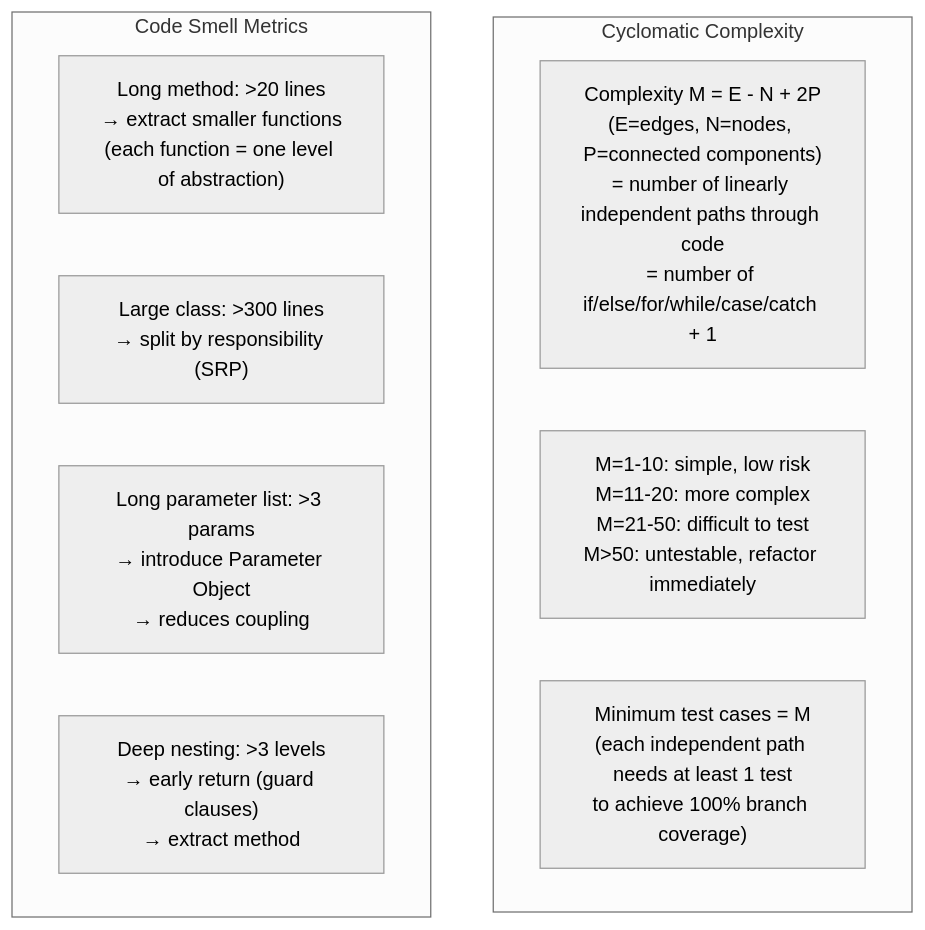
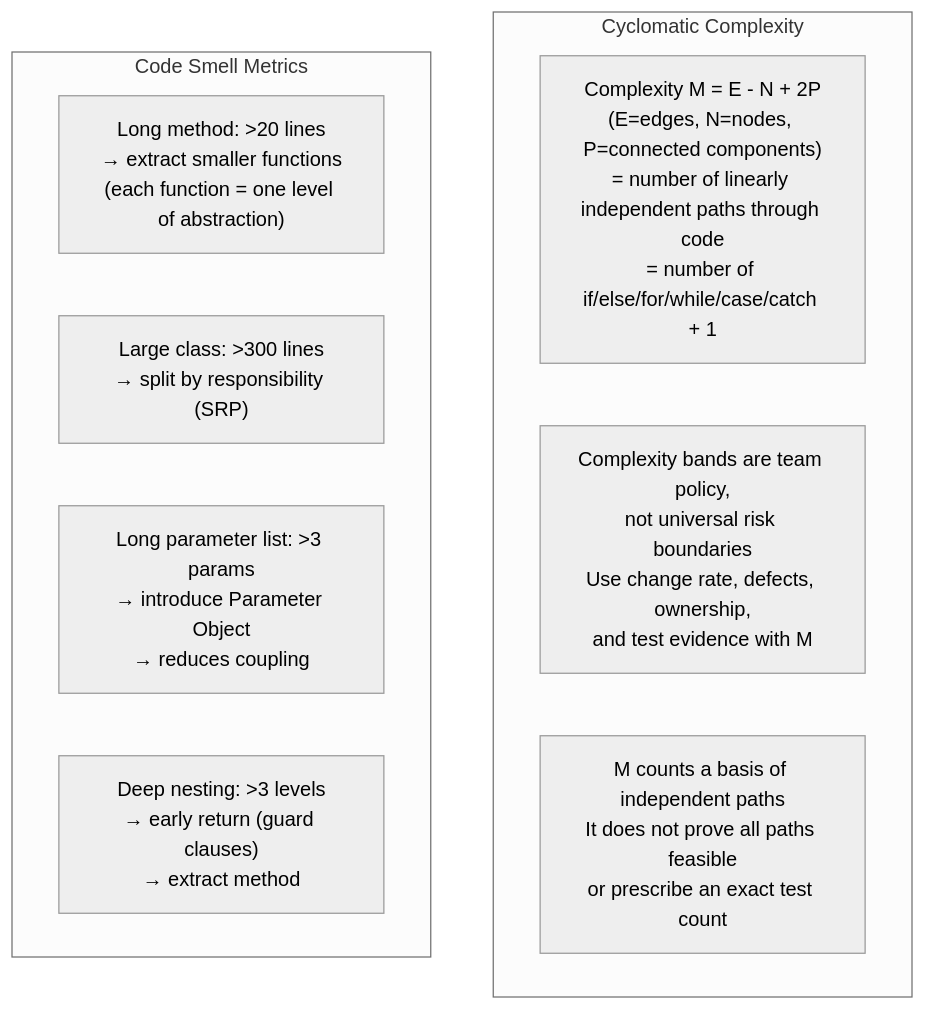
Before and after one commit to choisimo/document: the tenth of 15 diagrams in content/docs/books/cs-reference/software-engineering-internals.md, drawn with Mermaid (neutral theme). The commit also changed other lines of this file and 504 other files, not shown here.

````diff
--- a/content/docs/books/cs-reference/software-engineering-internals.md
+++ b/content/docs/books/cs-reference/software-engineering-internals.md
@@ -192,15 +194,15 @@
 ```mermaid
 flowchart TD
     subgraph Cyclomatic Complexity
         Formula["Complexity M = E - N + 2P\n(E=edges, N=nodes, P=connected components)\n= number of linearly independent paths through code\n= number of if/else/for/while/case/catch + 1"]
-        Thresholds["M=1-10: simple, low risk\nM=11-20: more complex\nM=21-50: difficult to test\nM>50: untestable, refactor immediately"]
-        Test["Minimum test cases = M\n(each independent path needs at least 1 test\nto achieve 100% branch coverage)"]
+        Thresholds["Complexity bands are team policy,\nnot universal risk boundaries\nUse change rate, defects, ownership,\nand test evidence with M"]
+        Test["M counts a basis of independent paths\nIt does not prove all paths feasible\nor prescribe an exact test count"]
     end
 
     subgraph Code Smell Metrics
         LongMethod["Long method: >20 lines\n→ extract smaller functions\n(each function = one level of abstraction)"]
         LargeClass["Large class: >300 lines\n→ split by responsibility (SRP)"]
         LongParam["Long parameter list: >3 params\n→ introduce Parameter Object\n→ reduces coupling"]
         DeepNest["Deep nesting: >3 levels\n→ early return (guard clauses)\n→ extract method"]
     end
 ```
````
